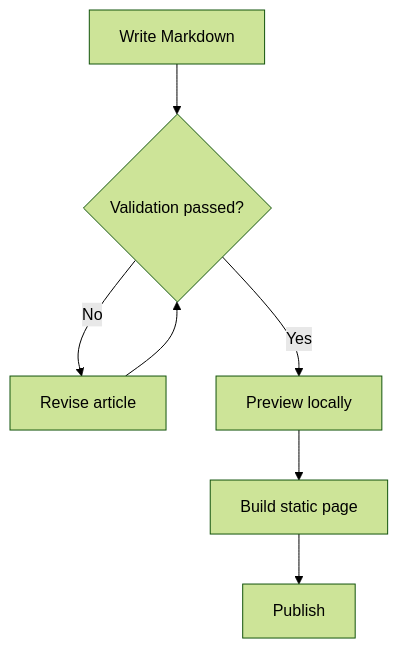
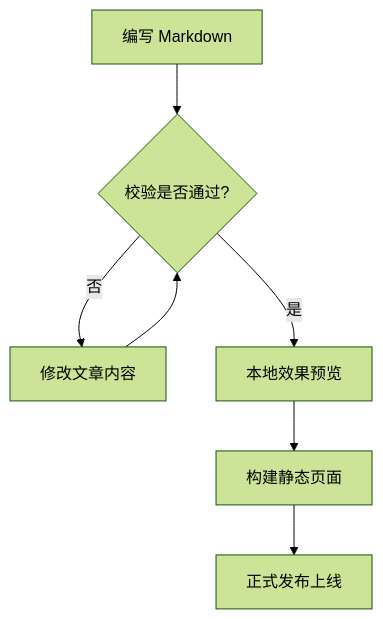
Before and after one commit to Dawn6666666/Shirone: the first of 14 diagrams in src/content/posts/markdown-mermaid.md, drawn with Mermaid (forest theme). The commit also changed other lines of this file and 28 other files, not shown here.

````diff
--- a/src/content/posts/markdown-mermaid.md
+++ b/src/content/posts/markdown-mermaid.md
@@ -17,11 +17,11 @@
 ```mermaid
 flowchart TD
-    accTitle: Article publishing workflow
-    accDescr: An article moves through writing, validation, preview, and build before publication. Failed validation returns it for revision.
-    Draft[Write Markdown] --> Check{Validation passed?}
-    Check -->|No| Revise[Revise article]
+    accTitle: 文章发布流程
+    accDescr: 文章在正式发布前经历编写、校验、预览与构建。若校验失败则返回修改。
+    Draft[编写 Markdown] --> Check{校验是否通过?}
+    Check -->|否| Revise[修改文章内容]
     Revise --> Check
-    Check -->|Yes| Preview[Preview locally]
-    Preview --> Build[Build static page]
-    Build --> Publish[Publish]
+    Check -->|是| Preview[本地效果预览]
+    Preview --> Build[构建静态页面]
+    Build --> Publish[正式发布上线]
 ```
````
